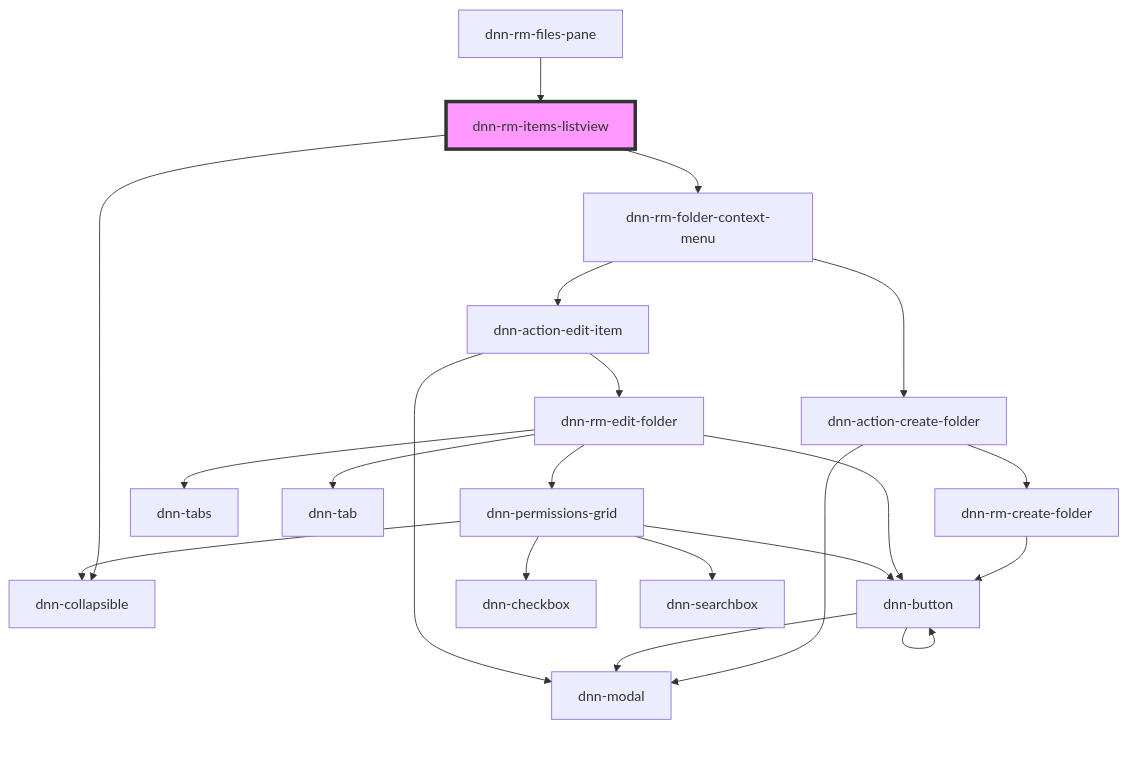
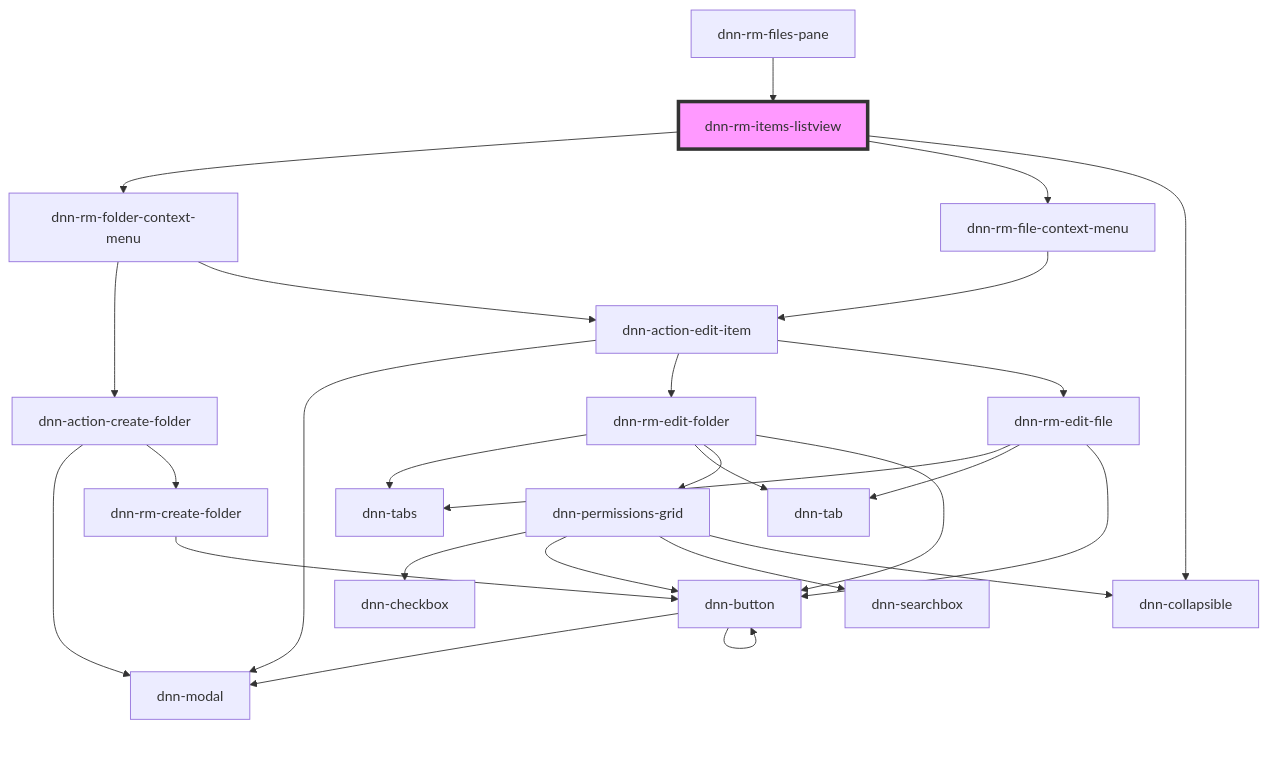
The diagram in DNN Platform/Modules/ResourceManager/ResourceManager.Web/src/components/dnn-rm-items-listview/readme.md (dnnsoftware/Dnn.Platform), drawn with Mermaid before and after one commit. The commit also changed other lines of this file and 23 other files, not shown here.

````diff
--- a/DNN Platform/Modules/ResourceManager/ResourceManager.Web/src/components/dnn-rm-items-listview/readme.md
+++ b/DNN Platform/Modules/ResourceManager/ResourceManager.Web/src/components/dnn-rm-items-listview/readme.md
@@ -27,24 +28,30 @@
 ```mermaid
 graph TD;
+  dnn-rm-items-listview --> dnn-rm-folder-context-menu
+  dnn-rm-items-listview --> dnn-rm-file-context-menu
   dnn-rm-items-listview --> dnn-collapsible
-  dnn-rm-items-listview --> dnn-rm-folder-context-menu
   dnn-rm-folder-context-menu --> dnn-action-create-folder
   dnn-rm-folder-context-menu --> dnn-action-edit-item
   dnn-action-create-folder --> dnn-modal
   dnn-action-create-folder --> dnn-rm-create-folder
   dnn-rm-create-folder --> dnn-button
   dnn-button --> dnn-modal
   dnn-button --> dnn-button
   dnn-action-edit-item --> dnn-modal
   dnn-action-edit-item --> dnn-rm-edit-folder
+  dnn-action-edit-item --> dnn-rm-edit-file
   dnn-rm-edit-folder --> dnn-tabs
   dnn-rm-edit-folder --> dnn-tab
   dnn-rm-edit-folder --> dnn-permissions-grid
   dnn-rm-edit-folder --> dnn-button
   dnn-permissions-grid --> dnn-checkbox
   dnn-permissions-grid --> dnn-button
   dnn-permissions-grid --> dnn-searchbox
   dnn-permissions-grid --> dnn-collapsible
+  dnn-rm-edit-file --> dnn-tabs
+  dnn-rm-edit-file --> dnn-tab
+  dnn-rm-edit-file --> dnn-button
+  dnn-rm-file-context-menu --> dnn-action-edit-item
   dnn-rm-files-pane --> dnn-rm-items-listview
   style dnn-rm-items-listview fill:#f9f,stroke:#333,stroke-width:4px
 ```
````
